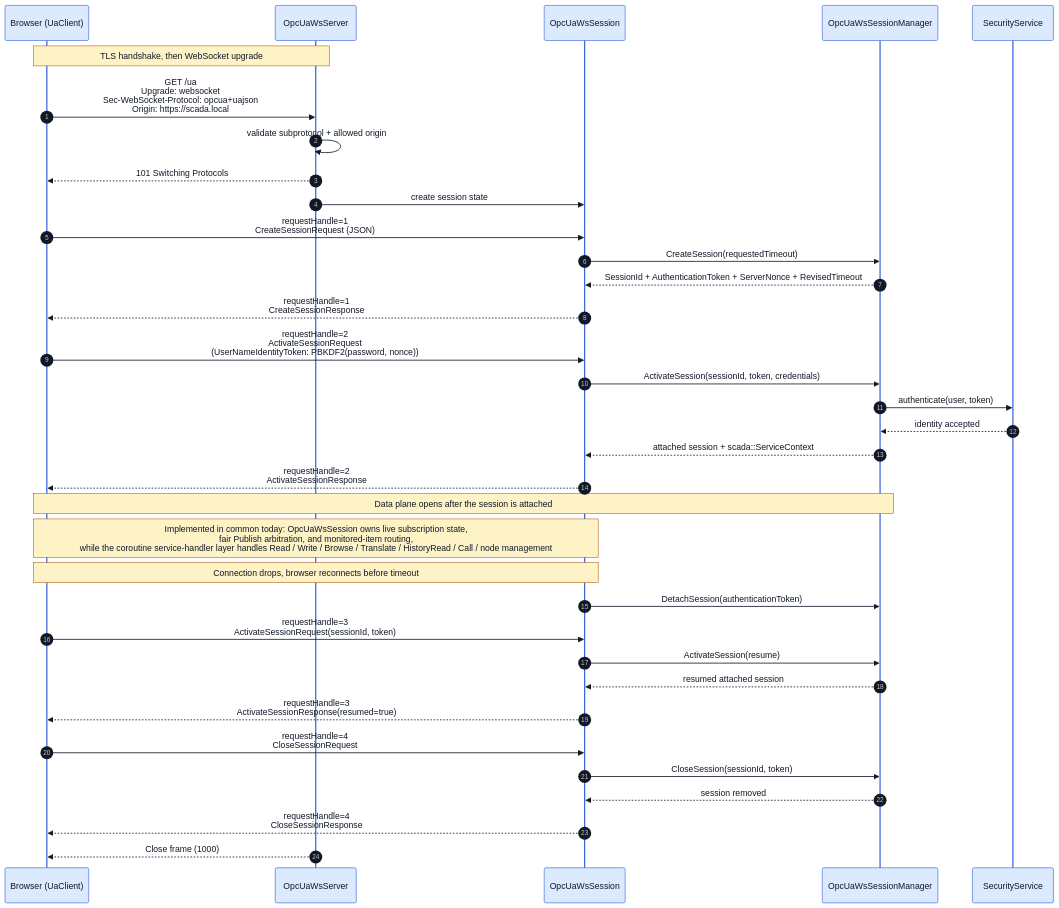
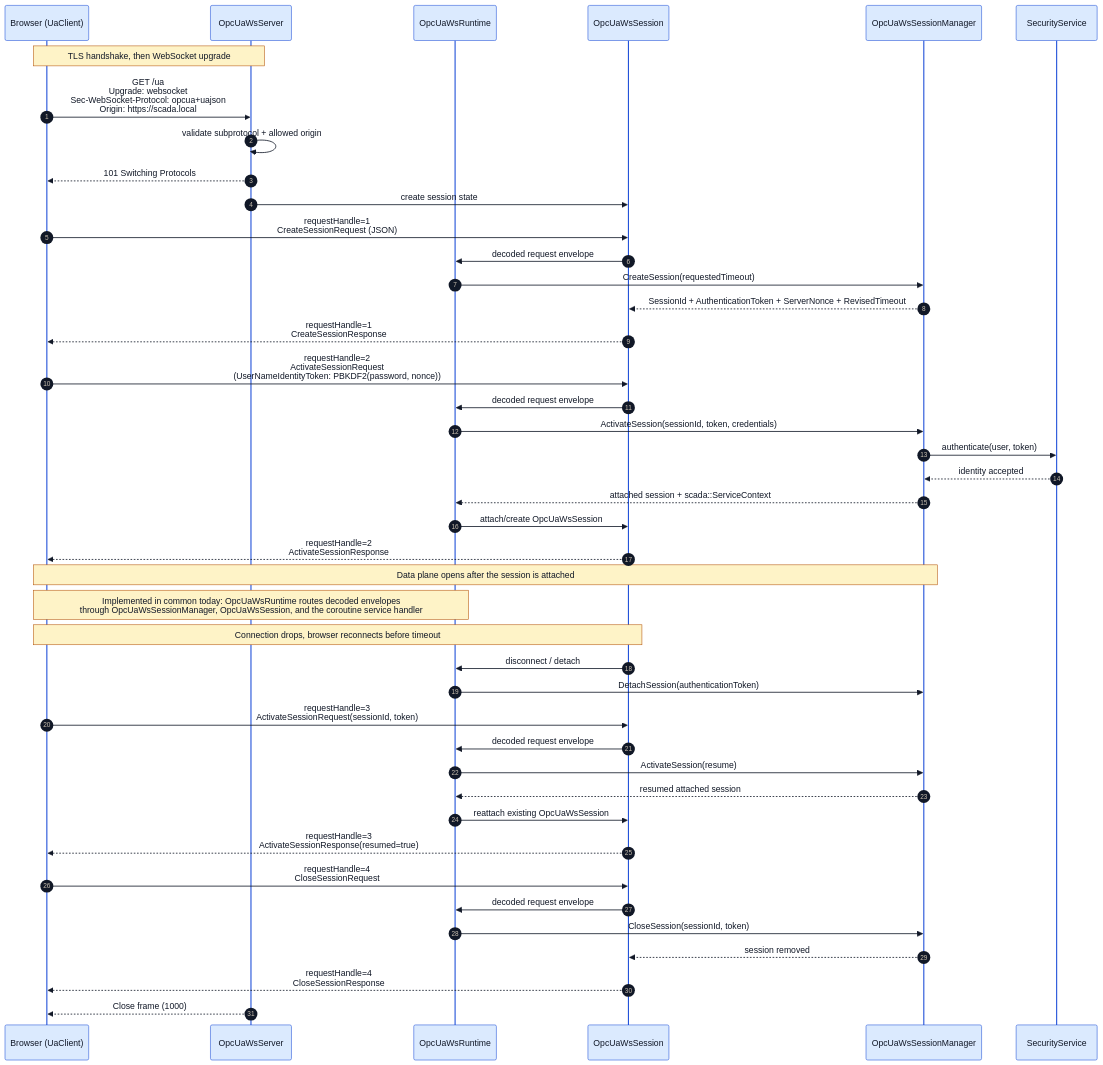
Before and after one commit to alexsmn/scada-common: the diagram in docs/opcua_ws_session_sequence.mmd, drawn with Mermaid. The commit also changed 11 other files, not shown here.

Commit message:
Add opcua_ws request runtime

```diff
--- a/docs/opcua_ws_session_sequence.mmd
+++ b/docs/opcua_ws_session_sequence.mmd
@@ -1,57 +1,65 @@
 %%{init: {
   'theme': 'base',
   'themeVariables': {
     'background': '#ffffff',
     'primaryColor': '#f3f4f6',
     'primaryBorderColor': '#374151',
     'primaryTextColor': '#111827',
     'lineColor': '#374151',
     'actorBkg': '#dbeafe',
     'actorBorder': '#1d4ed8',
     'actorTextColor': '#111827',
     'noteBkgColor': '#fef3c7',
     'noteBorderColor': '#b45309',
     'noteTextColor': '#111827'
   }
 }}%%
 sequenceDiagram
     autonumber
     participant B as Browser (UaClient)
     participant WS as OpcUaWsServer
+    participant RT as OpcUaWsRuntime
     participant S as OpcUaWsSession
     participant M as OpcUaWsSessionManager
     participant SEC as SecurityService
 
     Note over B,WS: TLS handshake, then WebSocket upgrade
     B->>WS: GET /ua<br/>Upgrade: websocket<br/>Sec-WebSocket-Protocol: opcua+uajson<br/>Origin: https://scada.local
     WS->>WS: validate subprotocol + allowed origin
     WS-->>B: 101 Switching Protocols
 
     WS->>S: create session state
     B->>S: requestHandle=1<br/>CreateSessionRequest (JSON)
-    S->>M: CreateSession(requestedTimeout)
+    S->>RT: decoded request envelope
+    RT->>M: CreateSession(requestedTimeout)
     M-->>S: SessionId + AuthenticationToken + ServerNonce + RevisedTimeout
     S-->>B: requestHandle=1<br/>CreateSessionResponse
 
     B->>S: requestHandle=2<br/>ActivateSessionRequest<br/>(UserNameIdentityToken: PBKDF2(password, nonce))
-    S->>M: ActivateSession(sessionId, token, credentials)
+    S->>RT: decoded request envelope
+    RT->>M: ActivateSession(sessionId, token, credentials)
     M->>SEC: authenticate(user, token)
     SEC-->>M: identity accepted
-    M-->>S: attached session + scada::ServiceContext
+    M-->>RT: attached session + scada::ServiceContext
+    RT->>S: attach/create OpcUaWsSession
     S-->>B: requestHandle=2<br/>ActivateSessionResponse
 
     Note over B,M: Data plane opens after the session is attached
-    Note over B,S: Implemented in common today: OpcUaWsSession owns live subscription state,<br/>fair Publish arbitration, and monitored-item routing,<br/>while the coroutine service-handler layer handles Read / Write / Browse / Translate / HistoryRead / Call / node management
+    Note over B,RT: Implemented in common today: OpcUaWsRuntime routes decoded envelopes<br/>through OpcUaWsSessionManager, OpcUaWsSession, and the coroutine service handler
 
     Note over B,S: Connection drops, browser reconnects before timeout
-    S->>M: DetachSession(authenticationToken)
+    S->>RT: disconnect / detach
+    RT->>M: DetachSession(authenticationToken)
     B->>S: requestHandle=3<br/>ActivateSessionRequest(sessionId, token)
-    S->>M: ActivateSession(resume)
-    M-->>S: resumed attached session
+    S->>RT: decoded request envelope
+    RT->>M: ActivateSession(resume)
+    M-->>RT: resumed attached session
+    RT->>S: reattach existing OpcUaWsSession
     S-->>B: requestHandle=3<br/>ActivateSessionResponse(resumed=true)
 
     B->>S: requestHandle=4<br/>CloseSessionRequest
-    S->>M: CloseSession(sessionId, token)
+    S->>RT: decoded request envelope
+    RT->>M: CloseSession(sessionId, token)
     M-->>S: session removed
     S-->>B: requestHandle=4<br/>CloseSessionResponse
     WS-->>B: Close frame (1000)
```
